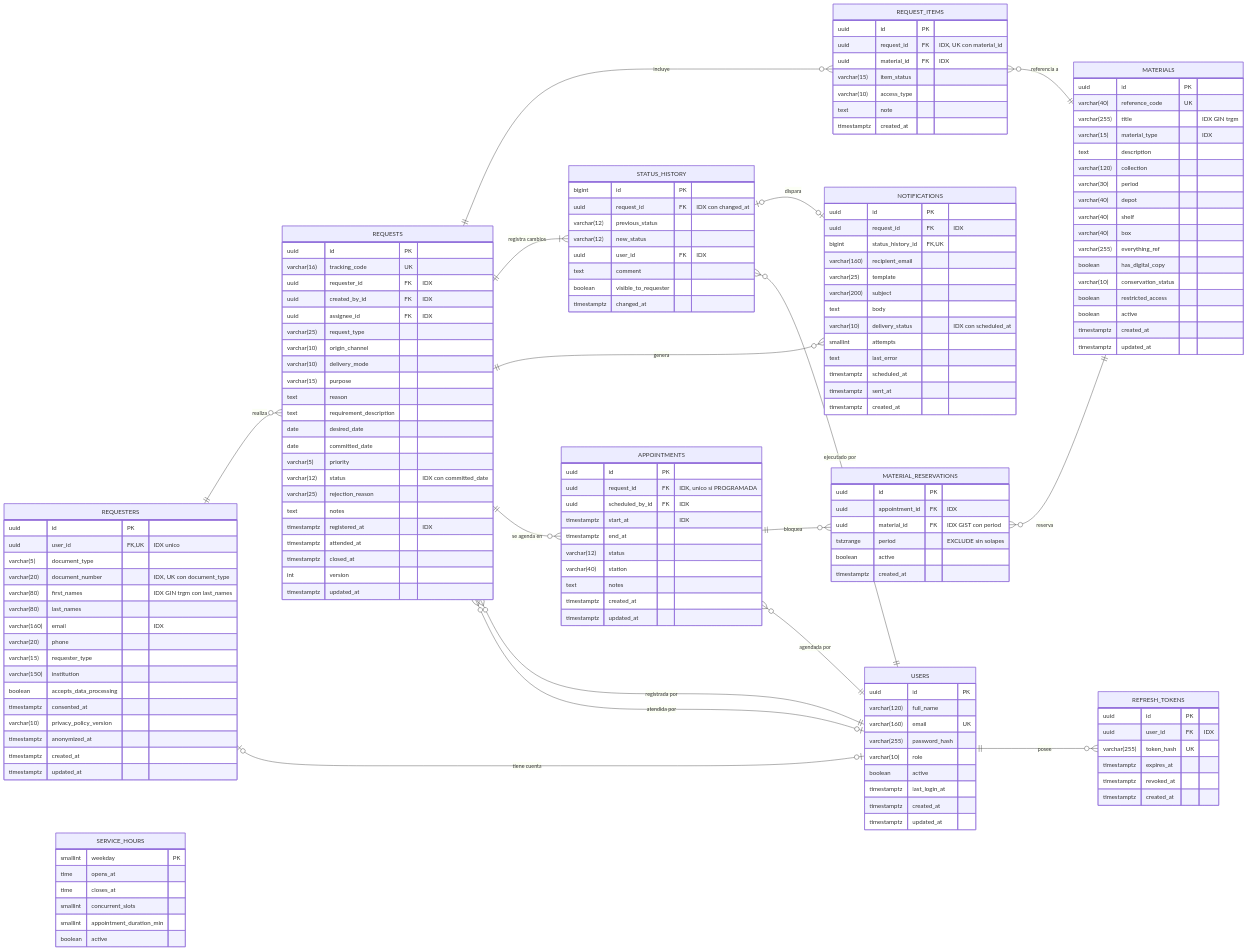
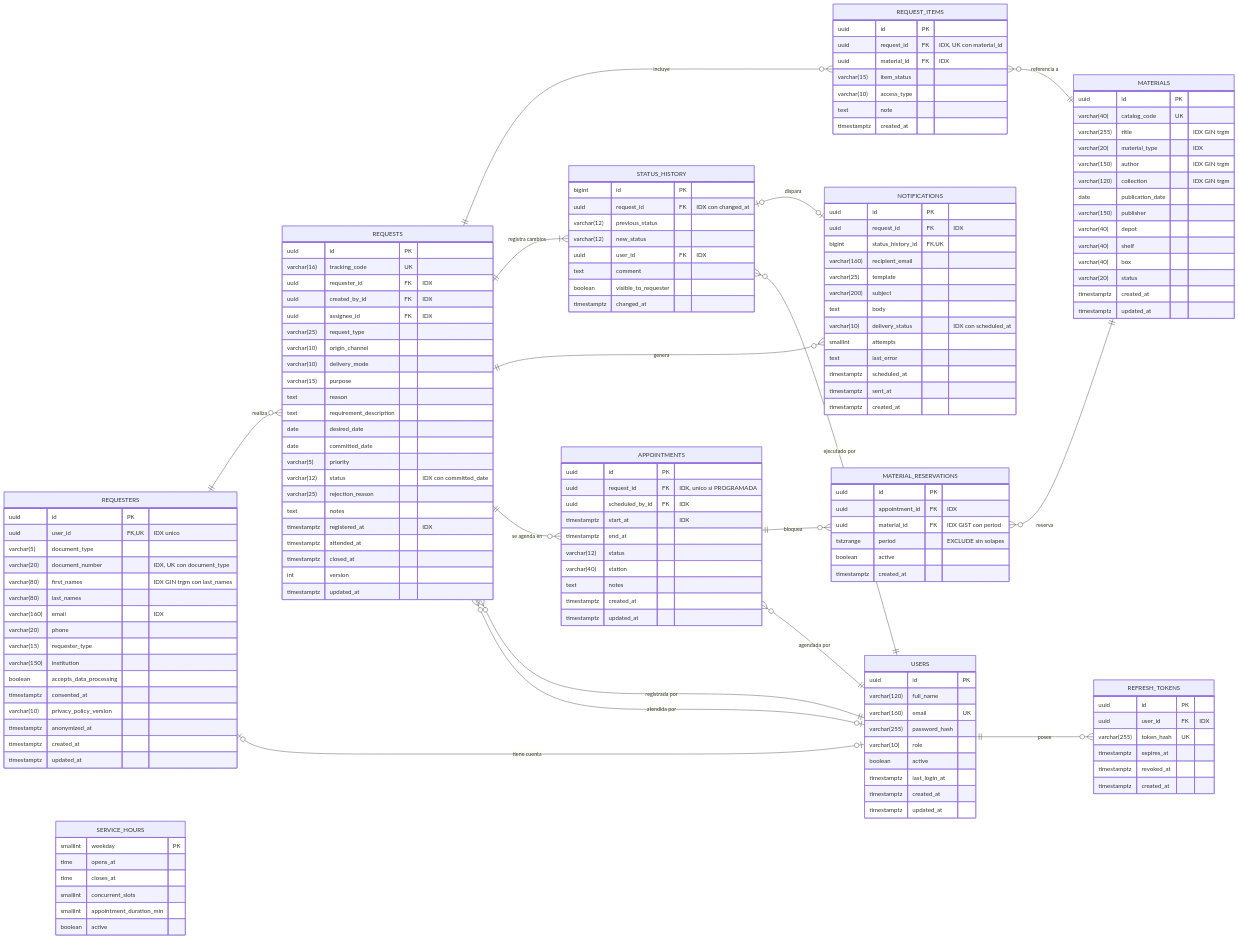
One commit to bryanmg20/Trackhive changed the third of 3 diagrams in docs/modelo-datos.md. Above: the diagram before and after it, drawn with Mermaid.

Commit message:
docs(modelo-datos): actualiza la entidad MATERIALS del diagrama ER

```diff
--- a/docs/modelo-datos.md
+++ b/docs/modelo-datos.md
@@ -228,20 +228,17 @@
     }
     MATERIALS {
         uuid id PK
-        varchar(40) reference_code UK
+        varchar(40) catalog_code UK
         varchar(255) title "IDX GIN trgm"
-        varchar(15) material_type "IDX"
-        text description
-        varchar(120) collection
-        varchar(30) period
+        varchar(20) material_type "IDX"
+        varchar(150) author "IDX GIN trgm"
+        varchar(120) collection "IDX GIN trgm"
+        date publication_date
+        varchar(150) publisher
         varchar(40) depot
         varchar(40) shelf
         varchar(40) box
-        varchar(255) everything_ref
-        boolean has_digital_copy
-        varchar(10) conservation_status
-        boolean restricted_access
-        boolean active
+        varchar(20) status
         timestamptz created_at
         timestamptz updated_at
     }
```
